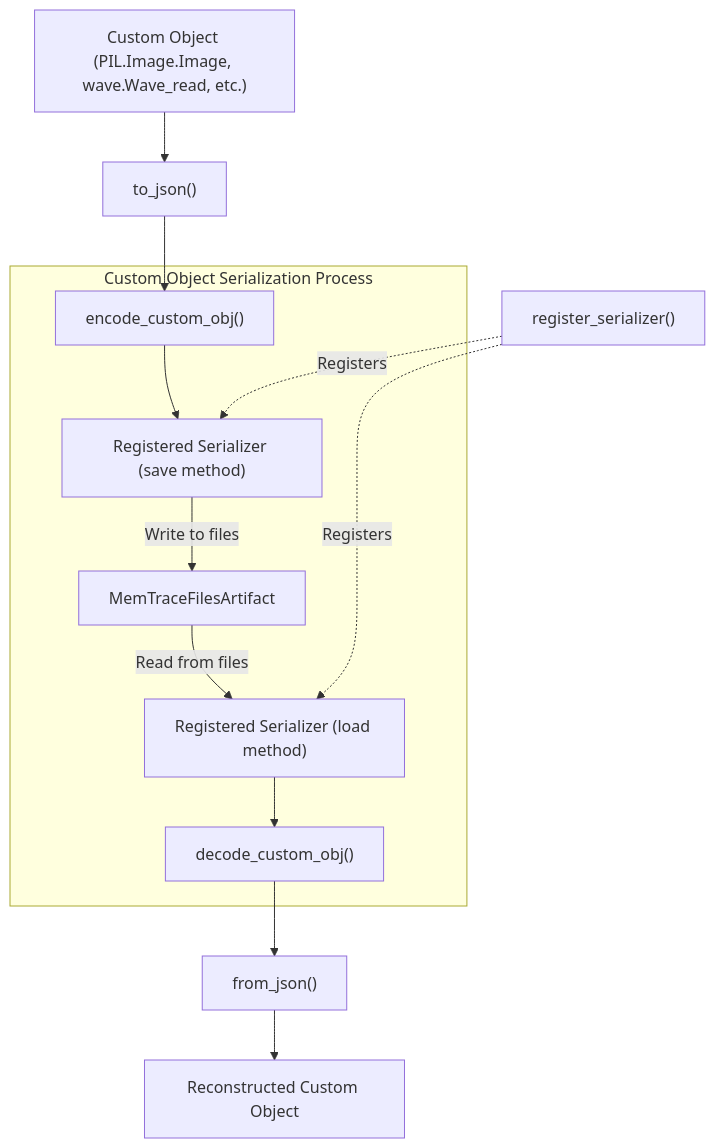
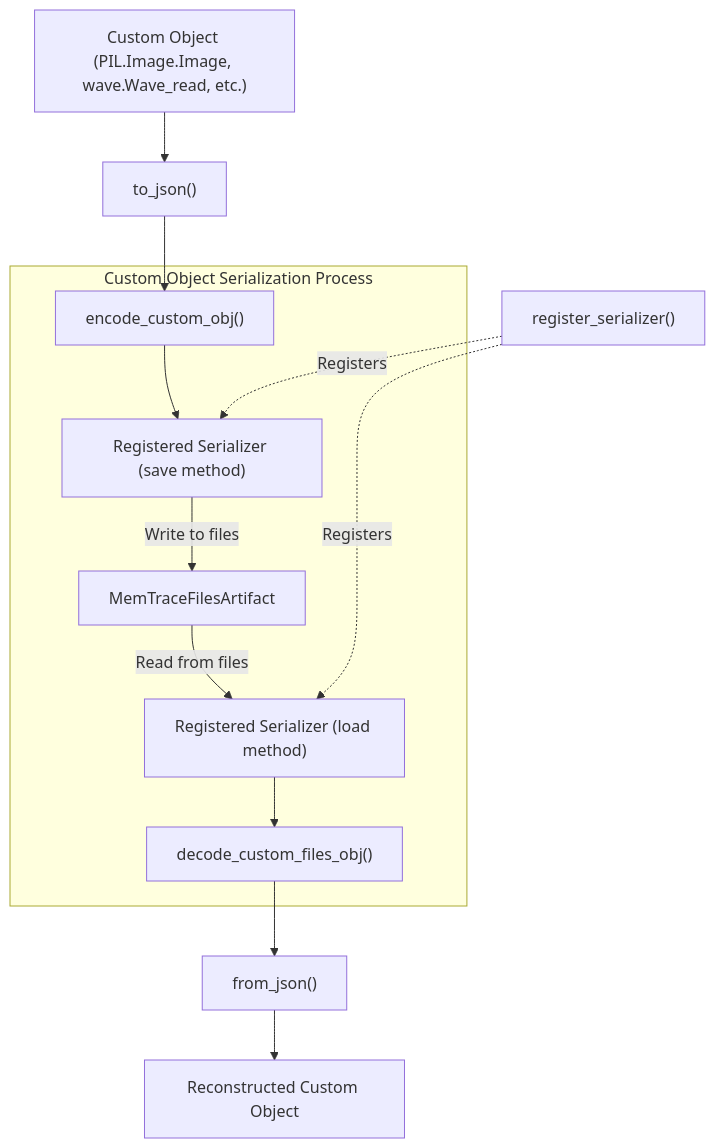
One commit to wandb/weave changed the second of 2 diagrams in weave/trace/serialization/README.md. Above: the diagram before and after it, drawn with Mermaid. The commit also changed other lines of this file and 3 other files, not shown here.

Commit message:
Rename decode_custom_obj to make clearer it is the file-based option

````diff
--- a/weave/trace/serialization/README.md
+++ b/weave/trace/serialization/README.md
@@ -54,19 +61,19 @@
 ```mermaid
 flowchart TD
     CustomObj["Custom Object (PIL.Image.Image, wave.Wave_read, etc.)"] --> ToJson["to_json()"]
     ToJson --> EncodeCustomObj["encode_custom_obj()"]
 
     subgraph CustomSerialization["Custom Object Serialization Process"]
         EncodeCustomObj --> Serializer["Registered Serializer (save method)"]
         Serializer -->|Write to files| MemArtifact["MemTraceFilesArtifact"]
 
         MemArtifact -->|Read from files| Deserializer["Registered Serializer (load method)"]
-        Deserializer --> DecodeCustomObj["decode_custom_obj()"]
+        Deserializer --> DecodeCustomObj["decode_custom_files_obj()"]
     end
 
     DecodeCustomObj --> FromJson["from_json()"]
     FromJson --> ReconstructedObj["Reconstructed Custom Object"]
 
     RegisterSerializer["register_serializer()"] -.->|Registers| Serializer
     RegisterSerializer -.->|Registers| Deserializer
 ```
````
